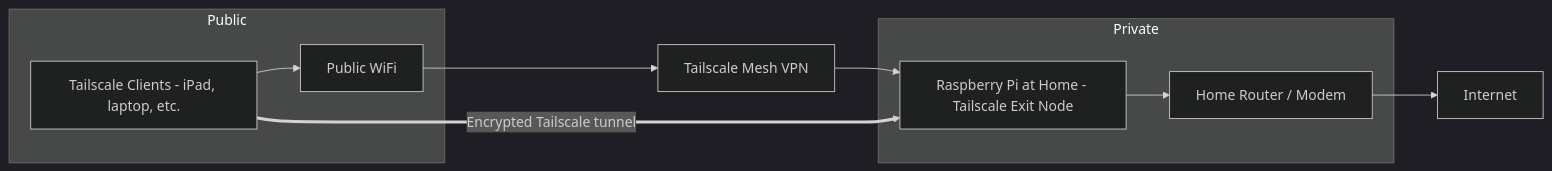
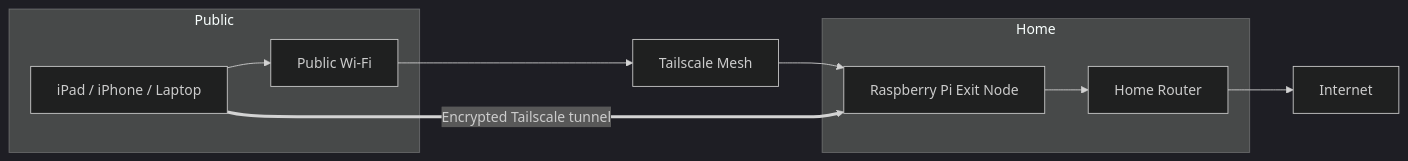
The diagram in GUIDE_TAILSCALE_EXIT_NODE.md (natonet-labs/tailscale-pi-exit-node), drawn with Mermaid (dark theme) before and after one commit. The commit also changed other lines of this file and 3 other files, not shown here.

````diff
--- a/GUIDE_TAILSCALE_EXIT_NODE.md
+++ b/GUIDE_TAILSCALE_EXIT_NODE.md
@@ -3,24 +9,13 @@
 ```mermaid
 flowchart LR
-    %% Locations
-    T[Tailscale Mesh VPN]
-
-    subgraph Public_Network[Public]
-        W[Public WiFi]
-        D[Tailscale Clients - iPad, laptop, etc.]
-    end
-
-    subgraph Home_Network[Private]
-        R[Home Router / Modem]
-        P[Raspberry Pi at Home - Tailscale Exit Node]
-    end
-
-    %% Device connections
-    D --> W
-    W --> T
-    T --> P
-    P --> R --> I[Internet]
-
-    %% Logical data path
-    D ==>|Encrypted Tailscale tunnel| P
+  subgraph Public_Network[Public]
+    W[Public Wi-Fi]
+    D[iPad / iPhone / Laptop]
+  end
+  subgraph Home_Network[Home]
+    R[Home Router]
+    P[Raspberry Pi Exit Node]
+  end
+  D --> W --> T[Tailscale Mesh] --> P --> R --> I[Internet]
+  D ==>|Encrypted Tailscale tunnel| P
 ```
````
